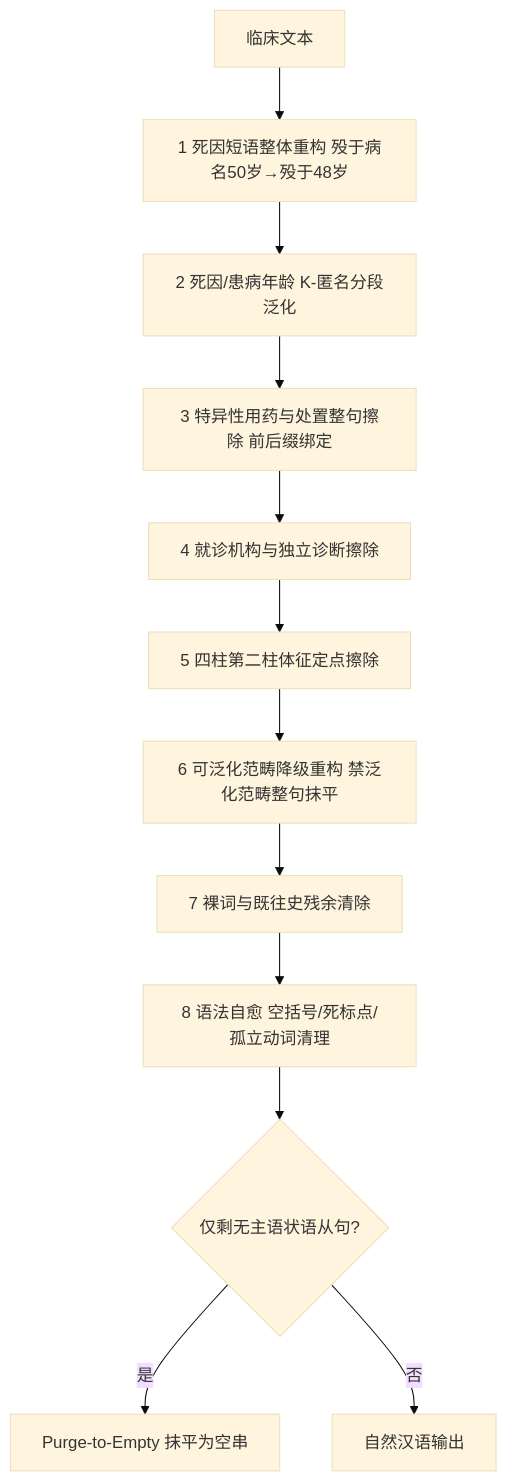
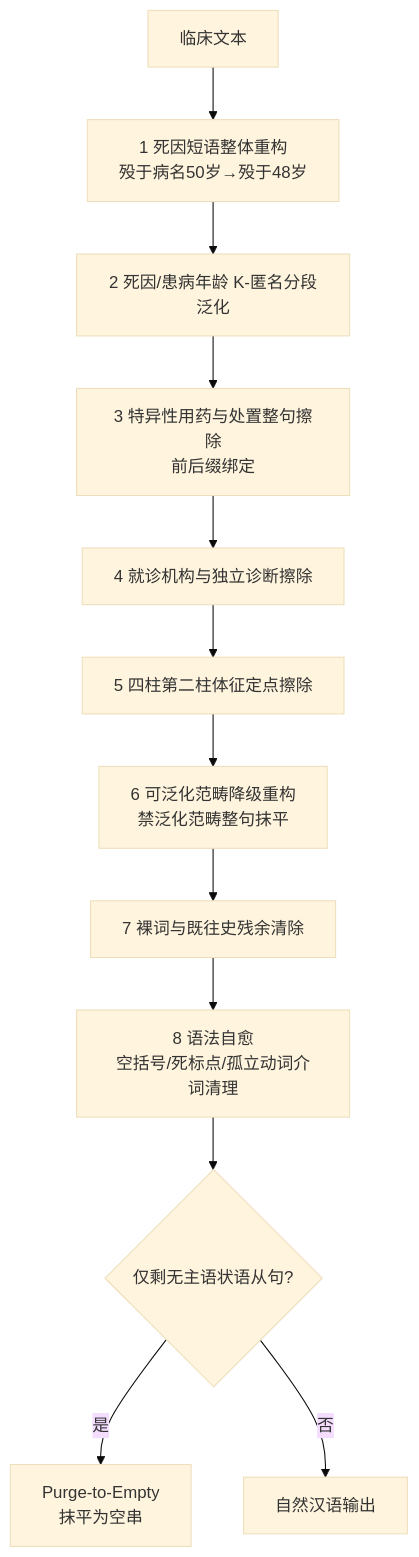
One commit to fengzhizi319/PrivShield changed the fourth of 5 diagrams in docs/patent/专利7-基于范畴化降级泛化与四柱强剥离的高敏医疗数据抹平方法及系统.md. Above: the diagram before and after it, drawn with Mermaid (base theme). The commit also changed other lines of this file and 23 other files, not shown here.

````diff
--- a/docs/patent/专利7-基于范畴化降级泛化与四柱强剥离的高敏医疗数据抹平方法及系统.md
+++ b/docs/patent/专利7-基于范畴化降级泛化与四柱强剥离的高敏医疗数据抹平方法及系统.md
@@ -267,14 +303,14 @@
 ```mermaid
 graph TB
-    A[临床文本] --> S1[1 死因短语整体重构 殁于病名50岁→殁于48岁]
+    A[临床文本] --> S1[1 死因短语整体重构<br/>殁于病名50岁→殁于48岁]
     S1 --> S2[2 死因/患病年龄 K-匿名分段泛化]
-    S2 --> S3[3 特异性用药与处置整句擦除 前后缀绑定]
+    S2 --> S3[3 特异性用药与处置整句擦除<br/>前后缀绑定]
     S3 --> S4[4 就诊机构与独立诊断擦除]
     S4 --> S5[5 四柱第二柱体征定点擦除]
-    S5 --> S6[6 可泛化范畴降级重构 禁泛化范畴整句抹平]
+    S5 --> S6[6 可泛化范畴降级重构<br/>禁泛化范畴整句抹平]
     S6 --> S7[7 裸词与既往史残余清除]
-    S7 --> S8[8 语法自愈 空括号/死标点/孤立动词清理]
+    S7 --> S8[8 语法自愈<br/>空括号/死标点/孤立动词介词清理]
     S8 --> S9{仅剩无主语状语从句?}
-    S9 -->|是| S10[Purge-to-Empty 抹平为空串]
+    S9 -->|是| S10[Purge-to-Empty<br/>抹平为空串]
     S9 -->|否| S11[自然汉语输出]
 ```
````
